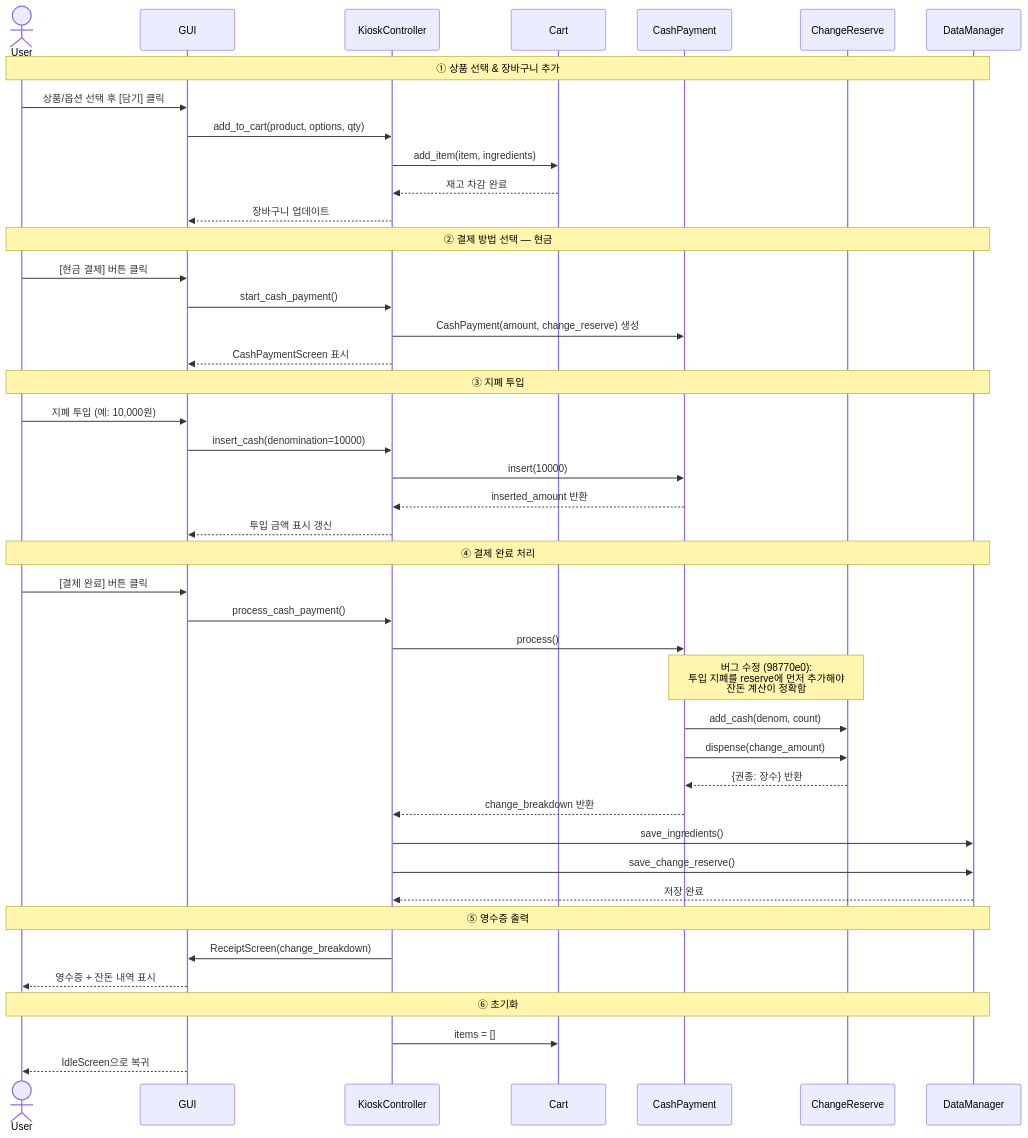
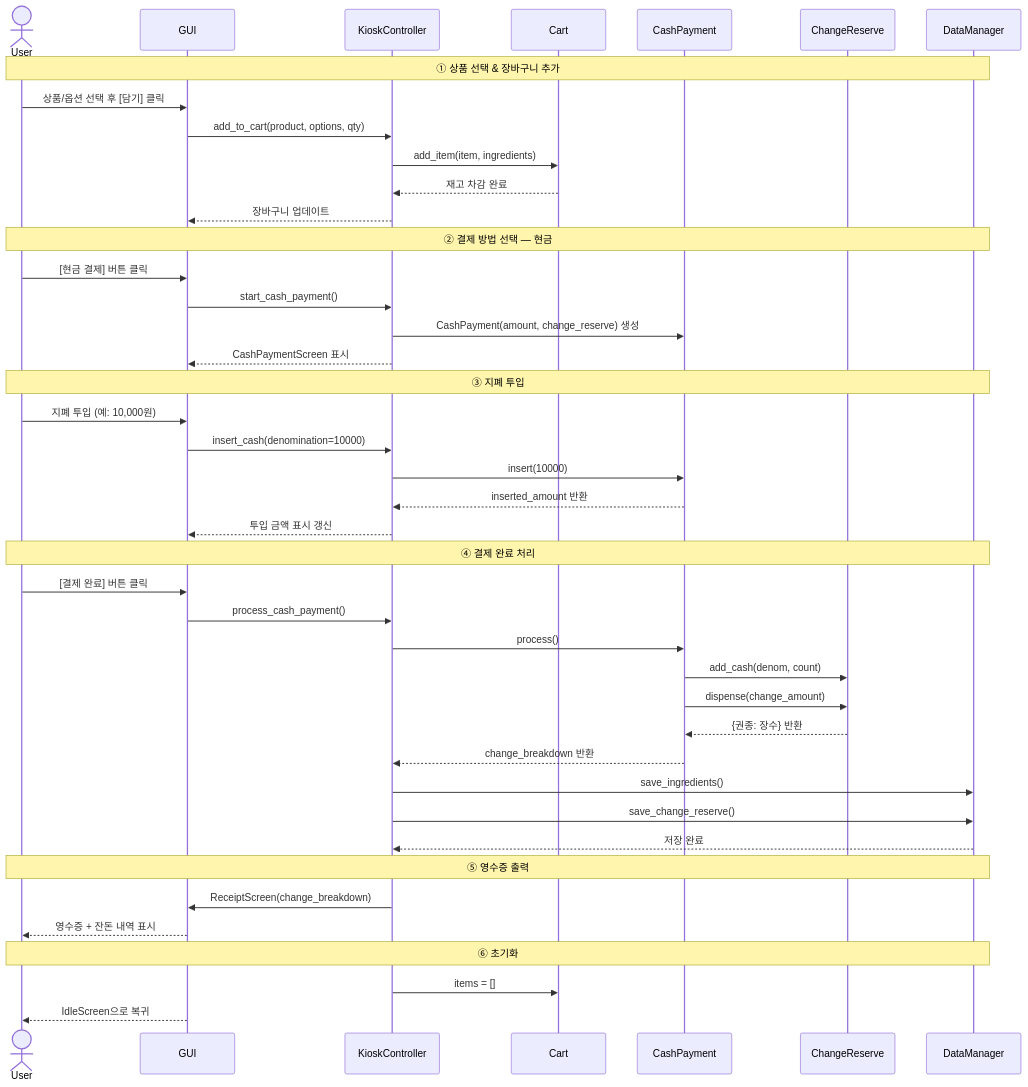
The second of 2 diagrams in README.md (yj2trigger/pmg-ic-pbl), drawn with Mermaid before and after one commit.

Commit message:
sequance siagram 수정

````diff
--- a/README.md
+++ b/README.md
@@ -162,51 +162,50 @@
 ```mermaid
 sequenceDiagram
     actor User
     participant GUI
     participant Controller as KioskController
     participant Cart
     participant CP as CashPayment
     participant CR as ChangeReserve
     participant DM as DataManager
  
     note over User,DM: ① 상품 선택 & 장바구니 추가
     User->>GUI: 상품/옵션 선택 후 [담기] 클릭
     GUI->>Controller: add_to_cart(product, options, qty)
     Controller->>Cart: add_item(item, ingredients)
     Cart-->>Controller: 재고 차감 완료
     Controller-->>GUI: 장바구니 업데이트
  
     note over User,DM: ② 결제 방법 선택 — 현금
     User->>GUI: [현금 결제] 버튼 클릭
     GUI->>Controller: start_cash_payment()
     Controller->>CP: CashPayment(amount, change_reserve) 생성
     Controller-->>GUI: CashPaymentScreen 표시
  
     note over User,DM: ③ 지폐 투입
     User->>GUI: 지폐 투입 (예: 10,000원)
     GUI->>Controller: insert_cash(denomination=10000)
     Controller->>CP: insert(10000)
     CP-->>Controller: inserted_amount 반환
     Controller-->>GUI: 투입 금액 표시 갱신
  
     note over User,DM: ④ 결제 완료 처리
     User->>GUI: [결제 완료] 버튼 클릭
     GUI->>Controller: process_cash_payment()
     Controller->>CP: process()
-    note over CP,CR: 버그 수정 (98770e0):<br/>투입 지폐를 reserve에 먼저 추가해야<br/>잔돈 계산이 정확함
     CP->>CR: add_cash(denom, count)
     CP->>CR: dispense(change_amount)
     CR-->>CP: {권종: 장수} 반환
     CP-->>Controller: change_breakdown 반환
     Controller->>DM: save_ingredients()
     Controller->>DM: save_change_reserve()
     DM-->>Controller: 저장 완료
  
     note over User,DM: ⑤ 영수증 출력
     Controller->>GUI: ReceiptScreen(change_breakdown)
     GUI-->>User: 영수증 + 잔돈 내역 표시
  
     note over User,DM: ⑥ 초기화
     Controller->>Cart: items = []
     GUI-->>User: IdleScreen으로 복귀
 ```
````
